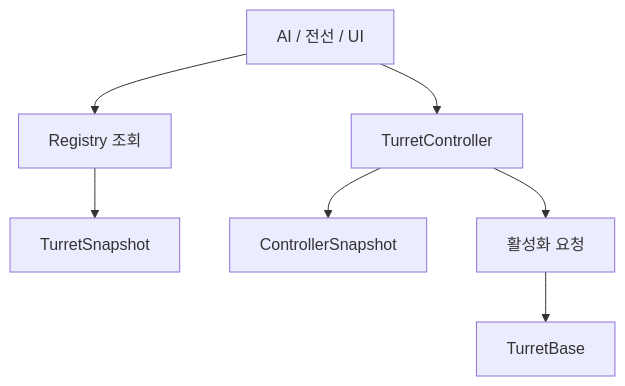
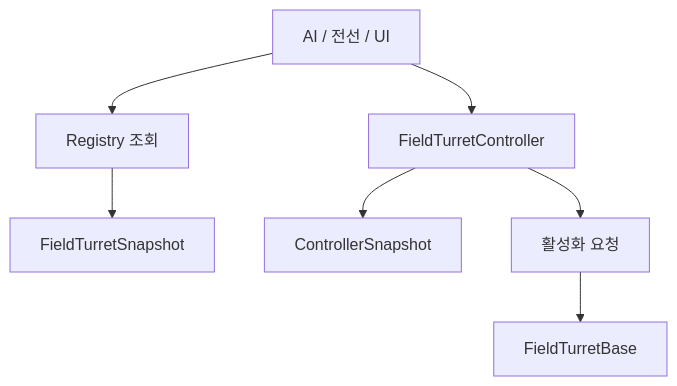
Before and after one commit to Team-HJD-21/unity-6-the-developer: the diagram in Docs/architecture/turrets/index.md, drawn with Mermaid. The commit also changed other lines of this file and 12 other files, not shown here.

Commit message:
docs(field-turret): update names and migration guide

````diff
--- a/Docs/architecture/turrets/index.md
+++ b/Docs/architecture/turrets/index.md
@@ -24,9 +43,9 @@
 ```mermaid
 flowchart TD
     Consumer["AI / 전선 / UI"] --> Query["Registry 조회"]
-    Query --> One["TurretSnapshot"]
-    Consumer --> Controller["TurretController"]
+    Query --> One["FieldTurretSnapshot"]
+    Consumer --> Controller["FieldTurretController"]
     Controller --> Aggregate["ControllerSnapshot"]
     Controller --> Command["활성화 요청"]
-    Command --> Turret["TurretBase"]
+    Command --> Turret["FieldTurretBase"]
 ```
````
